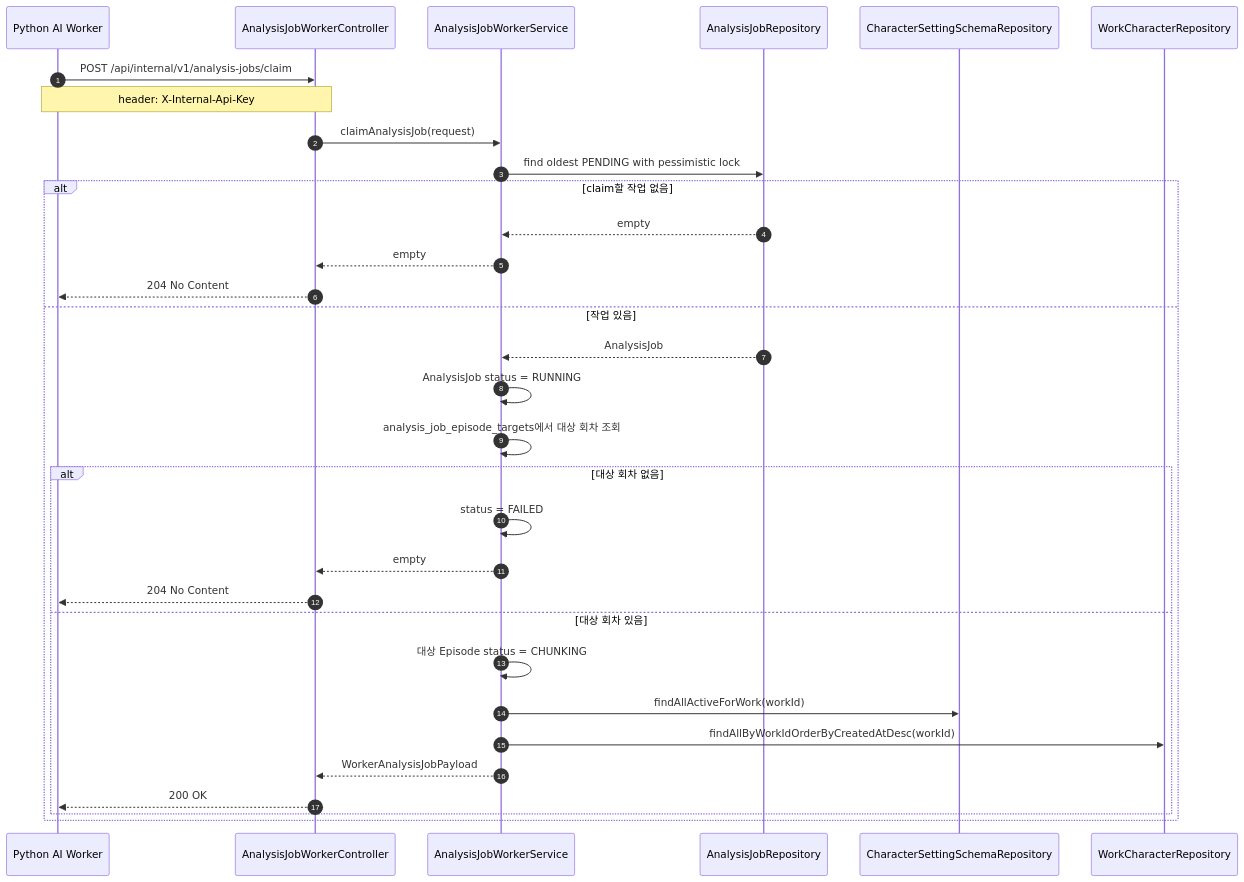
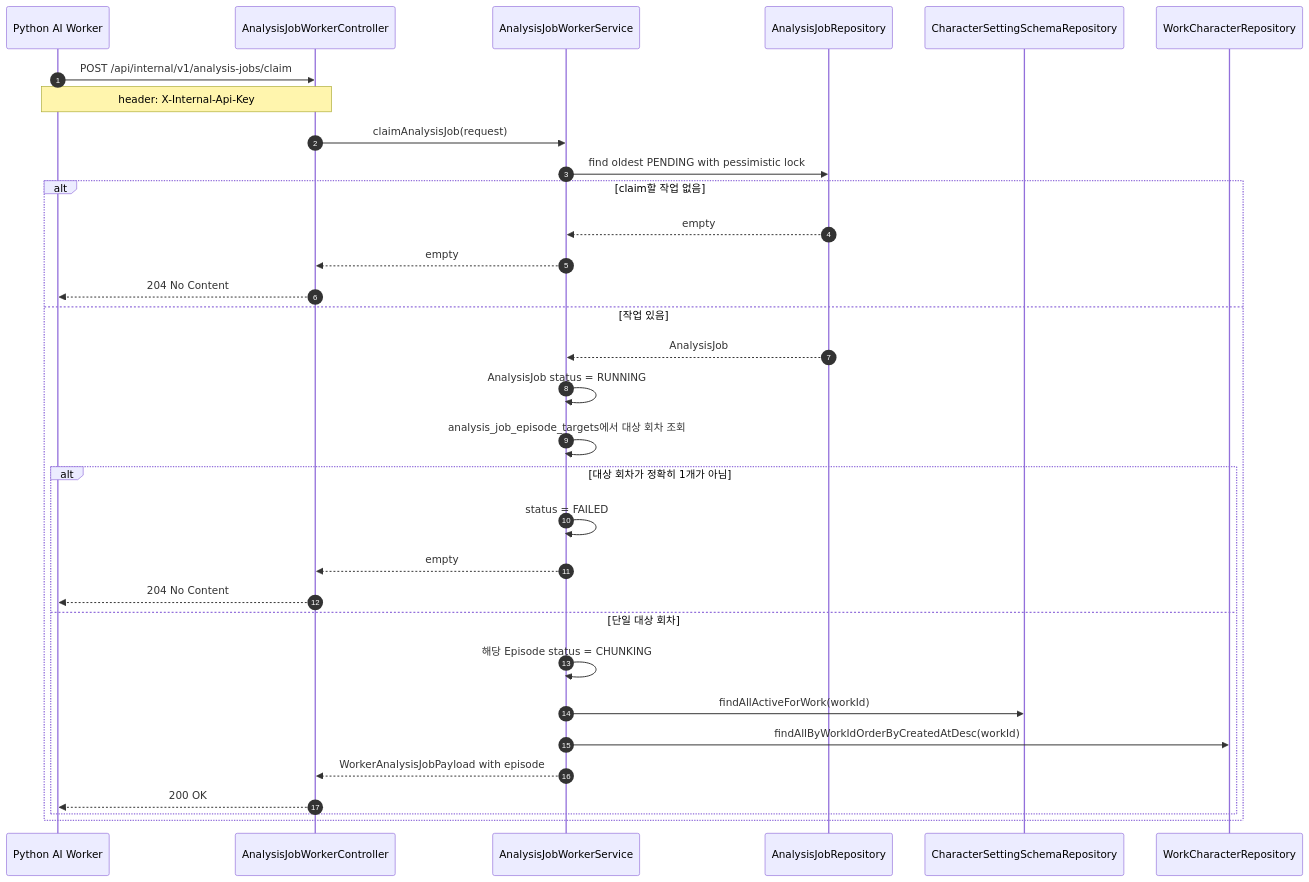
The ninth of 10 diagrams in docs/analysis-workflow.md (catchhole-soma/catchhole-backend-java), drawn with Mermaid before and after one commit. The commit also changed other lines of this file and 4 other files, not shown here.

````diff
--- a/docs/analysis-workflow.md
+++ b/docs/analysis-workflow.md
@@ -278,35 +284,35 @@
 ```mermaid
 sequenceDiagram
     autonumber
     participant Worker as Python AI Worker
     participant Controller as AnalysisJobWorkerController
     participant Service as AnalysisJobWorkerService
     participant JobRepo as AnalysisJobRepository
     participant SchemaRepo as CharacterSettingSchemaRepository
     participant CharacterRepo as WorkCharacterRepository
 
     Worker->>Controller: POST /api/internal/v1/analysis-jobs/claim
     Note over Worker,Controller: header: X-Internal-Api-Key
     Controller->>Service: claimAnalysisJob(request)
     Service->>JobRepo: find oldest PENDING with pessimistic lock
     alt claim할 작업 없음
         JobRepo-->>Service: empty
         Service-->>Controller: empty
         Controller-->>Worker: 204 No Content
     else 작업 있음
         JobRepo-->>Service: AnalysisJob
         Service->>Service: AnalysisJob status = RUNNING
         Service->>Service: analysis_job_episode_targets에서 대상 회차 조회
-        alt 대상 회차 없음
+        alt 대상 회차가 정확히 1개가 아님
             Service->>Service: status = FAILED
             Service-->>Controller: empty
             Controller-->>Worker: 204 No Content
-        else 대상 회차 있음
-            Service->>Service: 대상 Episode status = CHUNKING
+        else 단일 대상 회차
+            Service->>Service: 해당 Episode status = CHUNKING
             Service->>SchemaRepo: findAllActiveForWork(workId)
             Service->>CharacterRepo: findAllByWorkIdOrderByCreatedAtDesc(workId)
-            Service-->>Controller: WorkerAnalysisJobPayload
+            Service-->>Controller: WorkerAnalysisJobPayload with episode
             Controller-->>Worker: 200 OK
         end
     end
 ```
````
